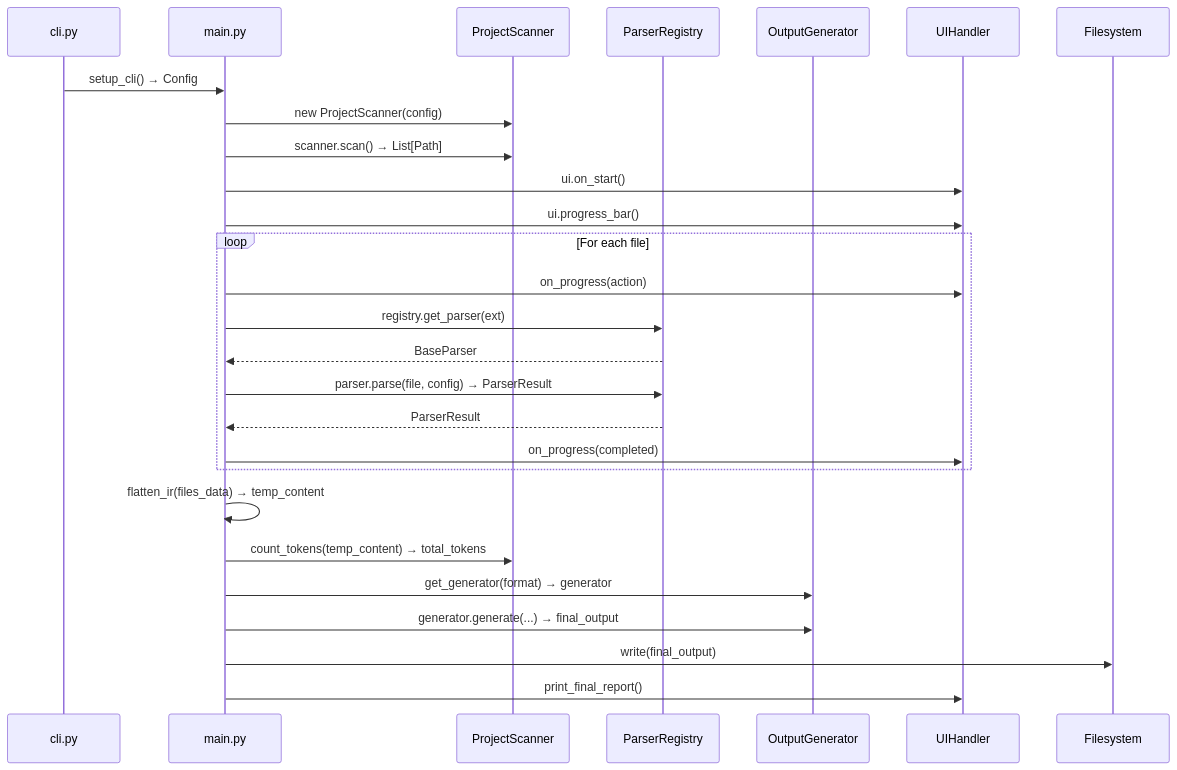
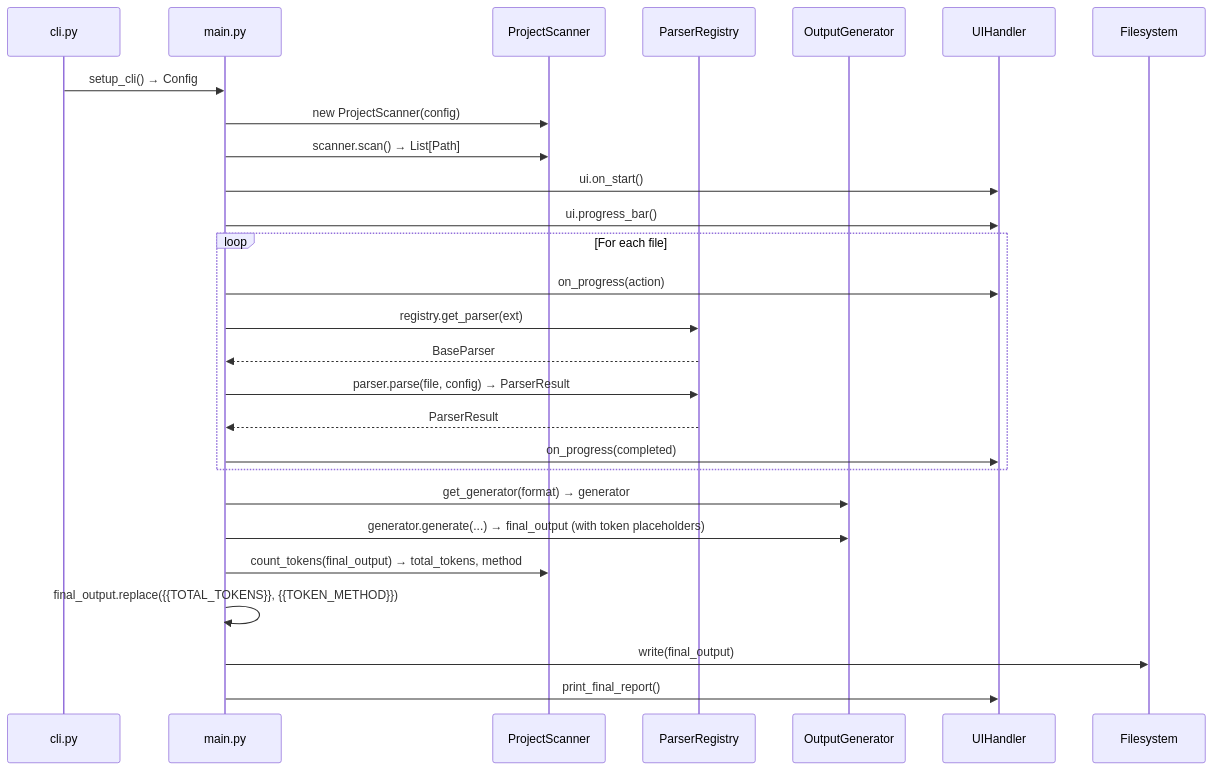
The second of 2 diagrams in docs/architecture.md (arianmokhtariha/data2prompt), drawn with Mermaid before and after one commit. The commit also changed other lines of this file and 5 other files, not shown here.

````diff
--- a/docs/architecture.md
+++ b/docs/architecture.md
@@ -57,31 +57,31 @@
 ```mermaid
 sequenceDiagram
     participant CLI as cli.py
     participant Main as main.py
     participant Scanner as ProjectScanner
     participant Parser as ParserRegistry
     participant Output as OutputGenerator
     participant UI as UIHandler
 
     CLI->>Main: setup_cli() → Config
     Main->>Scanner: new ProjectScanner(config)
     Main->>Scanner: scanner.scan() → List[Path]
     Main->>UI: ui.on_start()
     Main->>UI: ui.progress_bar()
 
     loop For each file
         Main->>UI: on_progress(action)
         Main->>Parser: registry.get_parser(ext)
         Parser-->>Main: BaseParser
         Main->>Parser: parser.parse(file, config) → ParserResult
         Parser-->>Main: ParserResult
         Main->>UI: on_progress(completed)
     end
 
-    Main->>Main: flatten_ir(files_data) → temp_content
-    Main->>Scanner: count_tokens(temp_content) → total_tokens
     Main->>Output: get_generator(format) → generator
-    Main->>Output: generator.generate(...) → final_output
+    Main->>Output: generator.generate(...) → final_output (with token placeholders)
+    Main->>Scanner: count_tokens(final_output) → total_tokens, method
+    Main->>Main: final_output.replace({{TOTAL_TOKENS}}, {{TOKEN_METHOD}})
     Main->>Filesystem: write(final_output)
     Main->>UI: print_final_report()
 ```
````
